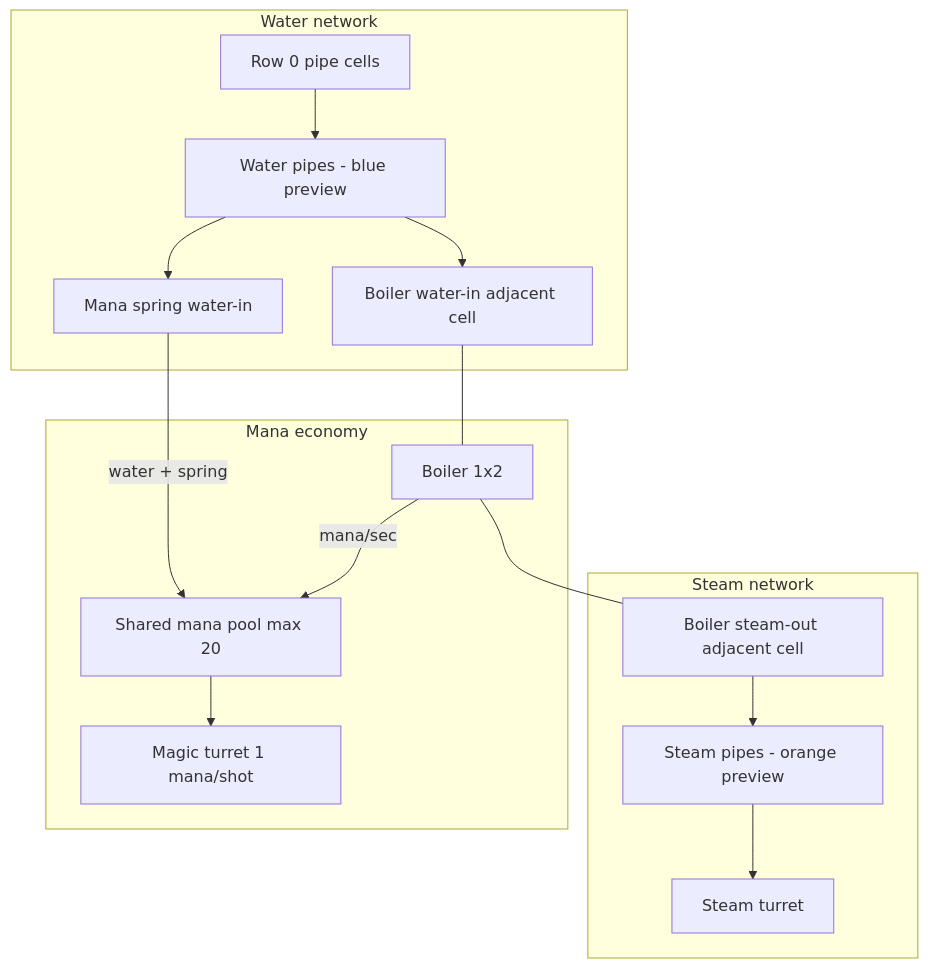
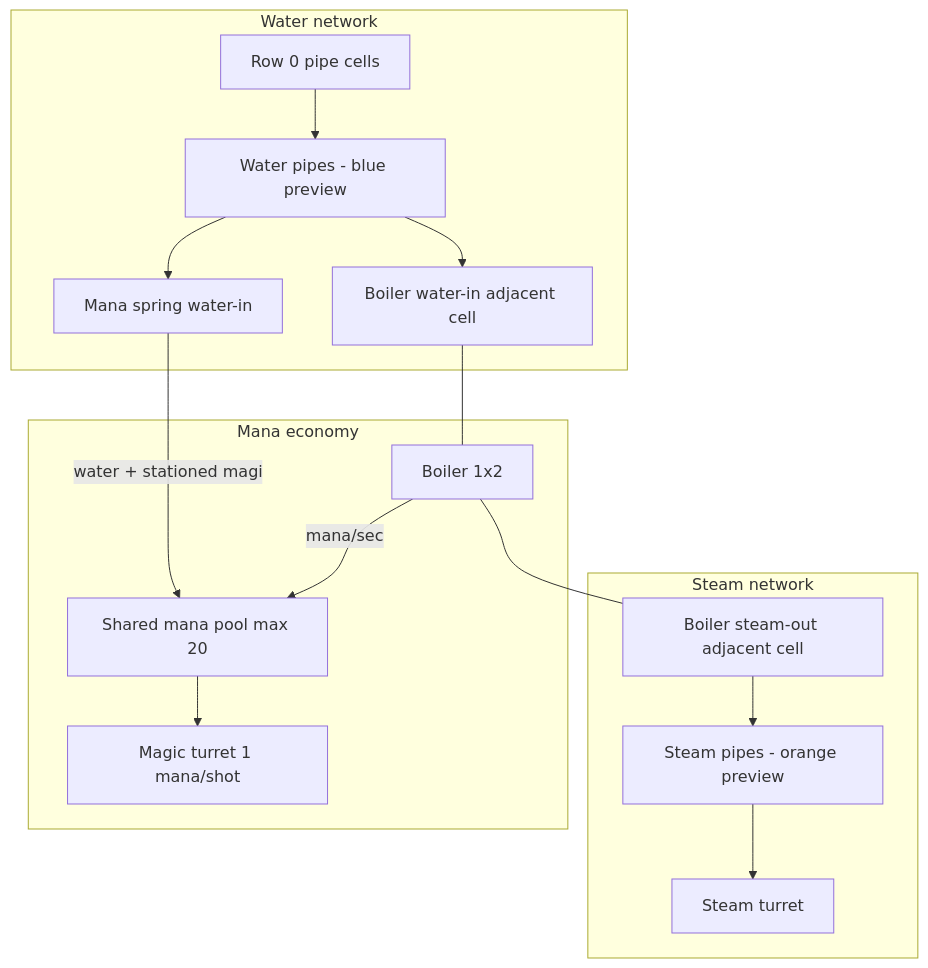
One commit to katerberg/wizard-tower-builder changed the diagram in docs/PIPES.md. Above: the diagram before and after it, drawn with Mermaid. The commit also changed other lines of this file and 48 other files, not shown here.

````diff
--- a/docs/PIPES.md
+++ b/docs/PIPES.md
@@ -11,26 +11,26 @@
 ```mermaid
 flowchart TB
   subgraph water [Water network]
     G[Row 0 pipe cells]
     WP[Water pipes - blue preview]
     BI[Boiler water-in adjacent cell]
     MS[Mana spring water-in]
     G --> WP --> BI
     WP --> MS
   end
   subgraph steam [Steam network]
     BO[Boiler steam-out adjacent cell]
     SP[Steam pipes - orange preview]
     ST[Steam turret]
     BO --> SP --> ST
   end
   subgraph mana [Mana economy]
     Pool[Shared mana pool max 20]
-    MS -->|water + spring| Pool
+    MS -->|water + stationed magi| Pool
     Boiler[Boiler 1x2] -->|mana/sec| Pool
     MT[Magic turret 1 mana/shot]
     Pool --> MT
   end
   BI --- Boiler
   Boiler --- BO
 ```
````
